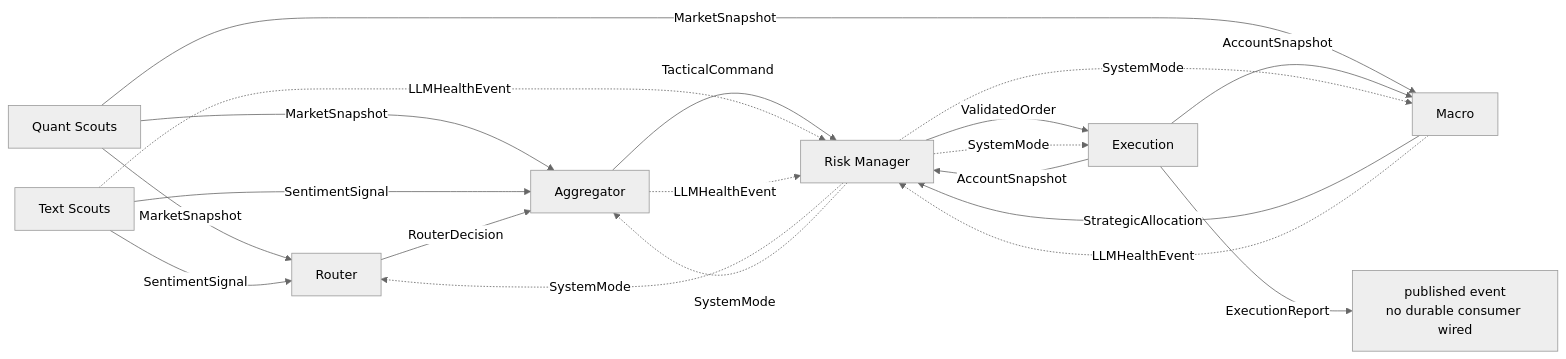
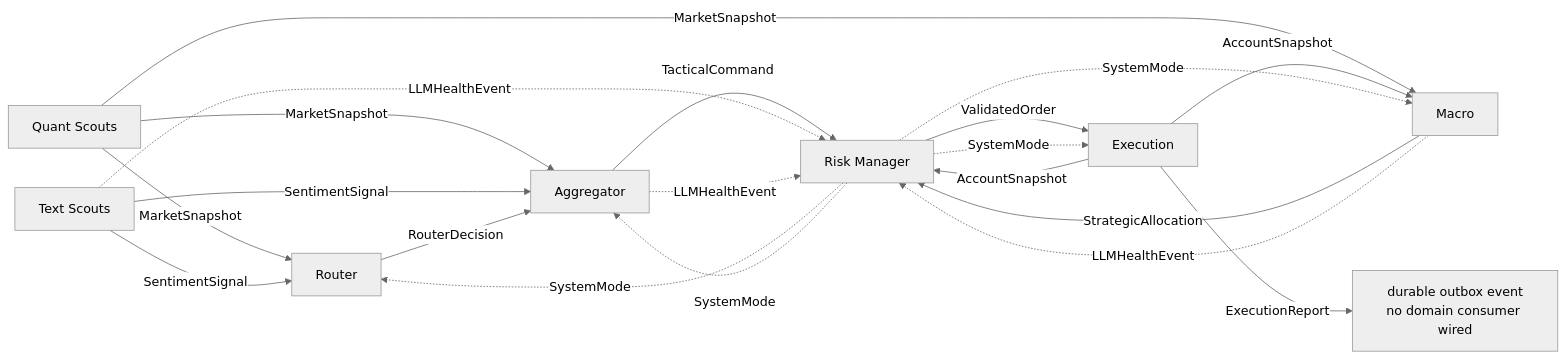
One commit to Kairos-cryptoAI/kairos changed the first of 2 diagrams in docs/ARCHITECTURE.md. Above: the diagram before and after it, drawn with Mermaid (neutral theme). The commit also changed other lines of this file and 4 other files, not shown here.

````diff
--- a/docs/ARCHITECTURE.md
+++ b/docs/ARCHITECTURE.md
@@ -11,22 +11,22 @@
 ```mermaid
 flowchart LR
     Q["Quant Scouts"] -- "MarketSnapshot" --> R["Router"]
     Q -- "MarketSnapshot" --> A["Aggregator"]
     Q -- "MarketSnapshot" --> M["Macro"]
     T["Text Scouts"] -- "SentimentSignal" --> R
     T -- "SentimentSignal" --> A
     R -- "RouterDecision" --> A
     A -- "TacticalCommand" --> K["Risk Manager"]
     M -- "StrategicAllocation" --> K
     K -- "ValidatedOrder" --> E["Execution"]
     E -- "AccountSnapshot" --> K
     E -- "AccountSnapshot" --> M
-    E -- "ExecutionReport" --> B["published event<br/>no durable consumer wired"]
+    E -- "ExecutionReport" --> B["durable outbox event<br/>no domain consumer wired"]
     T -. "LLMHealthEvent" .-> K
     A -. "LLMHealthEvent" .-> K
     M -. "LLMHealthEvent" .-> K
     K -. "SystemMode" .-> R
     K -. "SystemMode" .-> A
     K -. "SystemMode" .-> M
     K -. "SystemMode" .-> E
 ```
````
